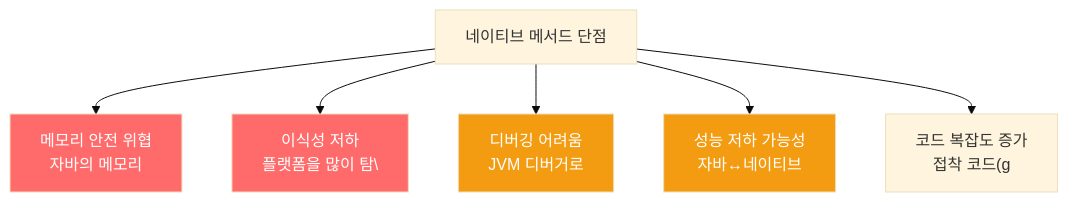
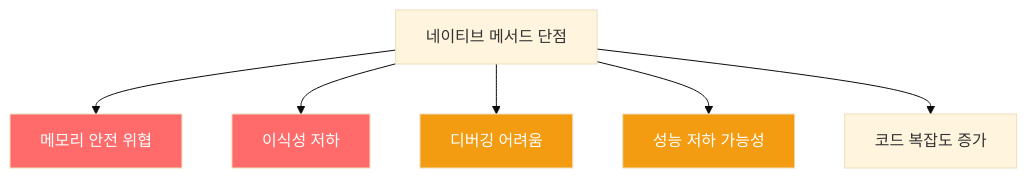
The diagram in _posts/java/2022-02-13-effective-java66.md (yjkim2015/yjkim2015.github.io), drawn with Mermaid (base theme) before and after one commit. The commit also changed 217 other files, not shown here.

First line of the commit message:
Mermaid 크기 수정: useMaxWidth:true + SVG max-width:100% + 라벨 축소

````diff
--- a/_posts/java/2022-02-13-effective-java66.md
+++ b/_posts/java/2022-02-13-effective-java66.md
@@ -42,12 +42,12 @@
 ```mermaid
 graph TD
-    A["네이티브 메서드 단점"] --> B["메모리 안전 위협\n자바의 메모리"]
-    A --> C["이식성 저하\n플랫폼을 많이 탐\"]
-    A --> D["디버깅 어려움\nJVM 디버거로"]
-    A --> E["성능 저하 가능성\n자바↔네이티브"]
-    A --> F["코드 복잡도 증가\n접착 코드(g"]
+    A["네이티브 메서드 단점"] --> B["메모리 안전 위협"]
+    A --> C["이식성 저하"]
+    A --> D["디버깅 어려움"]
+    A --> E["성능 저하 가능성"]
+    A --> F["코드 복잡도 증가"]
     style B fill:#ff6b6b,color:#fff
     style C fill:#ff6b6b,color:#fff
     style D fill:#f39c12,color:#fff
     style E fill:#f39c12,color:#fff
 ```
````
